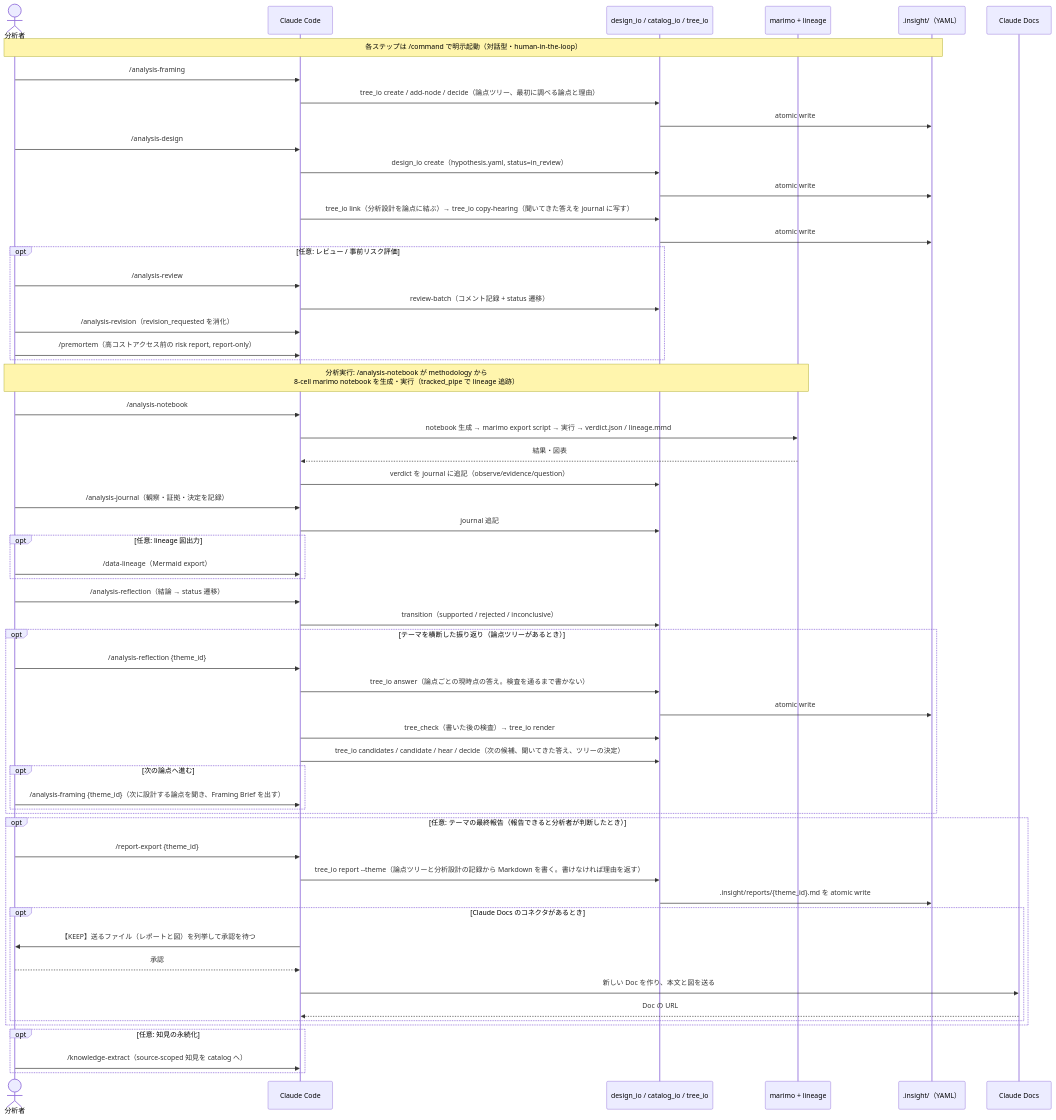
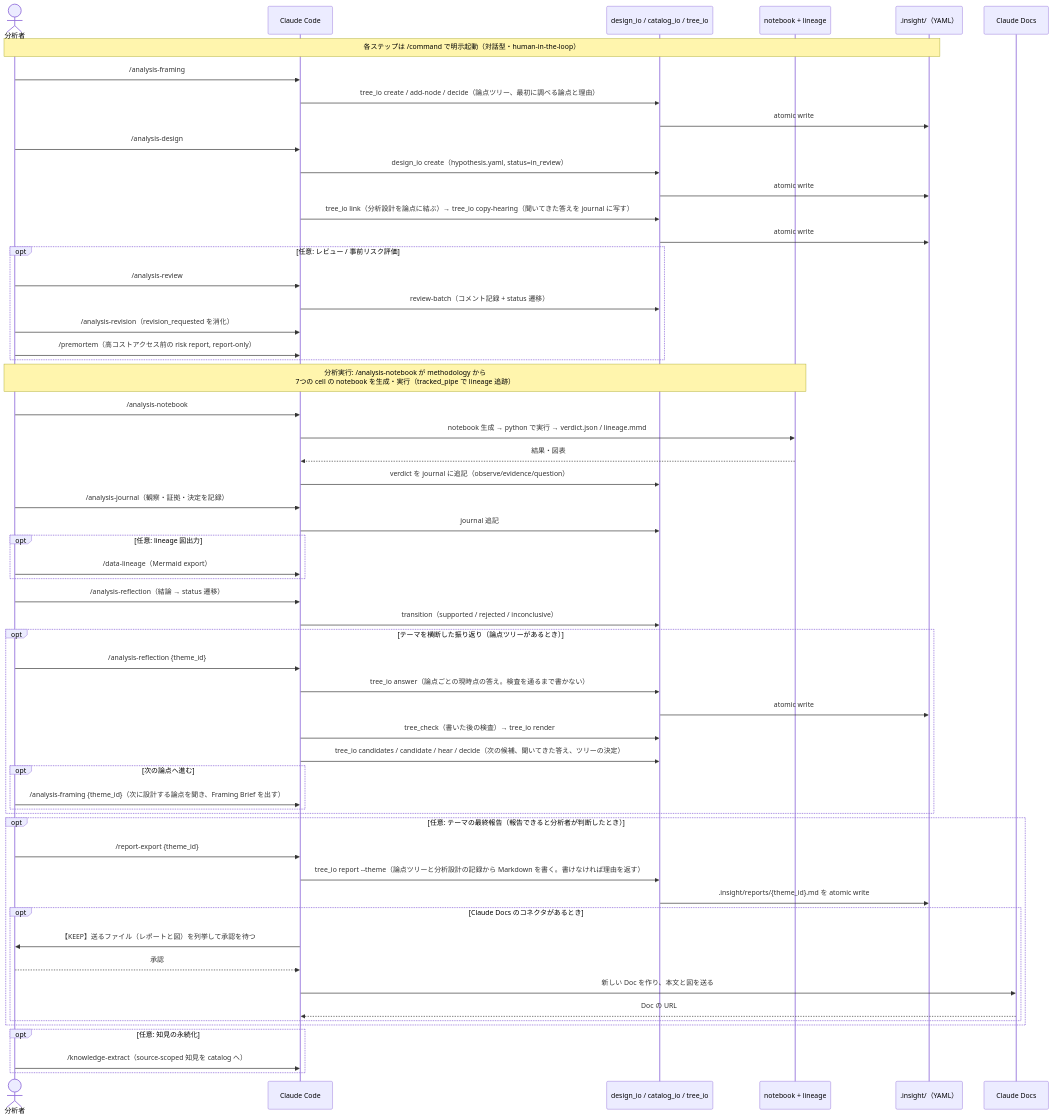
The fourth of 6 diagrams in docs/ARCHITECTURE.md (etoyama/insight-blueprint-skills), drawn with Mermaid before and after one commit. The commit also changed other lines of this file and 26 other files, not shown here.

First line of the commit message:
[Epic 30] notebook を # %% で区切る素の Python にし、marimo を外す (#205)

````diff
--- a/docs/ARCHITECTURE.md
+++ b/docs/ARCHITECTURE.md
@@ -270,64 +268,64 @@
 ```mermaid
 sequenceDiagram
     actor U as 分析者
     participant CC as Claude Code
     participant IO as design_io / catalog_io / tree_io
-    participant MO as marimo + lineage
+    participant MO as notebook + lineage
     participant FS as .insight/（YAML）
     participant DC as Claude Docs
 
     Note over U,FS: 各ステップは /command で明示起動（対話型・human-in-the-loop）
     U->>CC: /analysis-framing
     CC->>IO: tree_io create / add-node / decide（論点ツリー、最初に調べる論点と理由）
     IO->>FS: atomic write
     U->>CC: /analysis-design
     CC->>IO: design_io create（hypothesis.yaml, status=in_review）
     IO->>FS: atomic write
     CC->>IO: tree_io link（分析設計を論点に結ぶ）→ tree_io copy-hearing（聞いてきた答えを journal に写す）
     IO->>FS: atomic write
 
     opt 任意: レビュー / 事前リスク評価
         U->>CC: /analysis-review
         CC->>IO: review-batch（コメント記録 + status 遷移）
         U->>CC: /analysis-revision（revision_requested を消化）
         U->>CC: /premortem（高コストアクセス前の risk report, report-only）
     end
 
-    Note over U,MO: 分析実行: /analysis-notebook が methodology から<br/>8-cell marimo notebook を生成・実行（tracked_pipe で lineage 追跡）
+    Note over U,MO: 分析実行: /analysis-notebook が methodology から<br/>7つの cell の notebook を生成・実行（tracked_pipe で lineage 追跡）
     U->>CC: /analysis-notebook
-    CC->>MO: notebook 生成 → marimo export script → 実行 → verdict.json / lineage.mmd
+    CC->>MO: notebook 生成 → python で実行 → verdict.json / lineage.mmd
     MO-->>CC: 結果・図表
     CC->>IO: verdict を journal に追記（observe/evidence/question）
 
     U->>CC: /analysis-journal（観察・証拠・決定を記録）
     CC->>IO: journal 追記
     opt 任意: lineage 図出力
         U->>CC: /data-lineage（Mermaid export）
     end
     U->>CC: /analysis-reflection（結論 → status 遷移）
     CC->>IO: transition（supported / rejected / inconclusive）
     opt テーマを横断した振り返り（論点ツリーがあるとき）
         U->>CC: /analysis-reflection {theme_id}
         CC->>IO: tree_io answer（論点ごとの現時点の答え。検査を通るまで書かない）
         IO->>FS: atomic write
         CC->>IO: tree_check（書いた後の検査）→ tree_io render
         CC->>IO: tree_io candidates / candidate / hear / decide（次の候補、聞いてきた答え、ツリーの決定）
         opt 次の論点へ進む
             U->>CC: /analysis-framing {theme_id}（次に設計する論点を聞き、Framing Brief を出す）
         end
     end
     opt 任意: テーマの最終報告（報告できると分析者が判断したとき）
         U->>CC: /report-export {theme_id}
         CC->>IO: tree_io report --theme（論点ツリーと分析設計の記録から Markdown を書く。書けなければ理由を返す）
         IO->>FS: .insight/reports/{theme_id}.md を atomic write
         opt Claude Docs のコネクタがあるとき
             CC->>U: 【KEEP】送るファイル（レポートと図）を列挙して承認を待つ
             U-->>CC: 承認
             CC->>DC: 新しい Doc を作り、本文と図を送る
             DC-->>CC: Doc の URL
         end
     end
     opt 任意: 知見の永続化
         U->>CC: /knowledge-extract（source-scoped 知見を catalog へ）
     end
 ```
````
